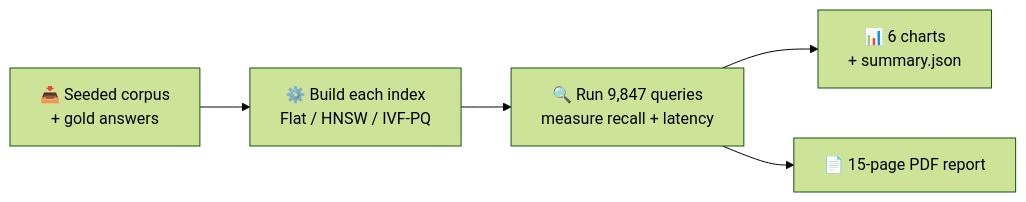
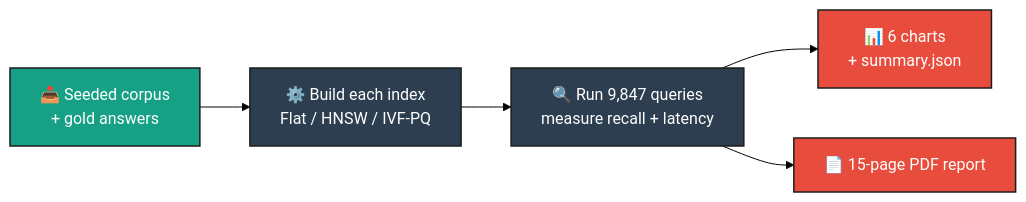
One commit to Akshitha024/vector-db-bench changed the second of 3 diagrams in README.md. Above: the diagram before and after it, drawn with Mermaid (forest theme). The commit also changed other lines of this file, not shown here.

First line of the commit message:
docs: restore unique mindmap + architecture + pipeline diagrams (one copy each)

````diff
--- a/README.md
+++ b/README.md
@@ -148,7 +177,10 @@
 ```mermaid
 flowchart LR
-    A["📥 Seeded corpus<br/>+ gold answers"] --> B["⚙️ Build each index<br/>Flat / HNSW / IVF-PQ"]
-    B --> C["🔍 Run 9,847 queries<br/>measure recall + latency"]
-    C --> D["📊 6 charts<br/>+ summary.json"]
-    C --> E["📄 15-page PDF report"]
+    classDef io fill:#16A085,stroke:#1c1c1c,stroke-width:1.5px,color:#fff
+    classDef proc fill:#2C3E50,stroke:#1c1c1c,stroke-width:1.5px,color:#fff
+    classDef out fill:#E74C3C,stroke:#1c1c1c,stroke-width:1.5px,color:#fff
+    A["📥 Seeded corpus<br/>+ gold answers"]:::io --> B["⚙️ Build each index<br/>Flat / HNSW / IVF-PQ"]:::proc
+    B --> C["🔍 Run 9,847 queries<br/>measure recall + latency"]:::proc
+    C --> D["📊 6 charts<br/>+ summary.json"]:::out
+    C --> E["📄 15-page PDF report"]:::out
 ```
````
